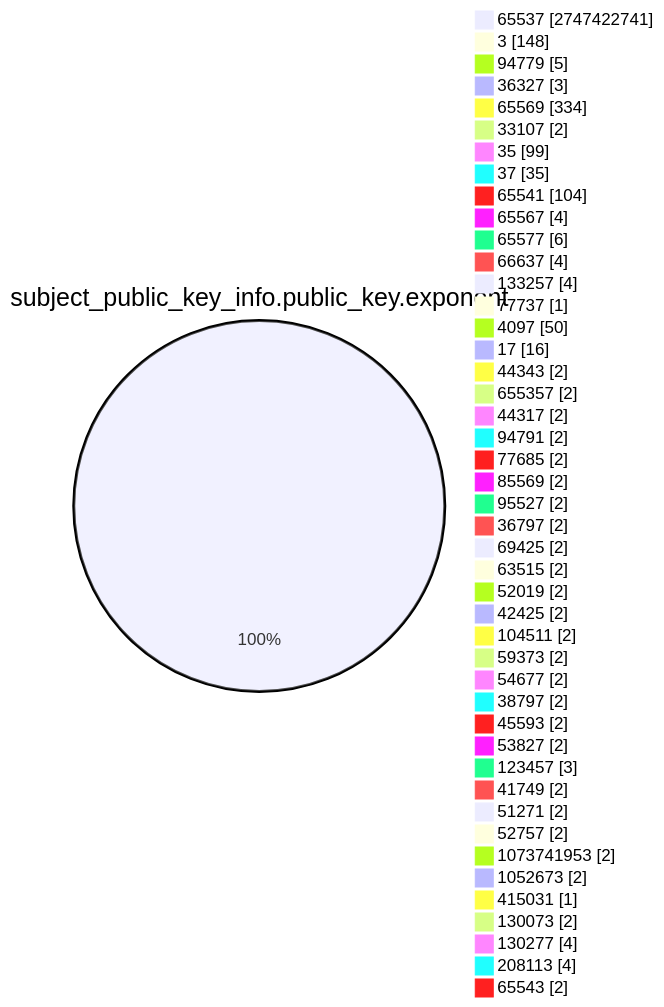
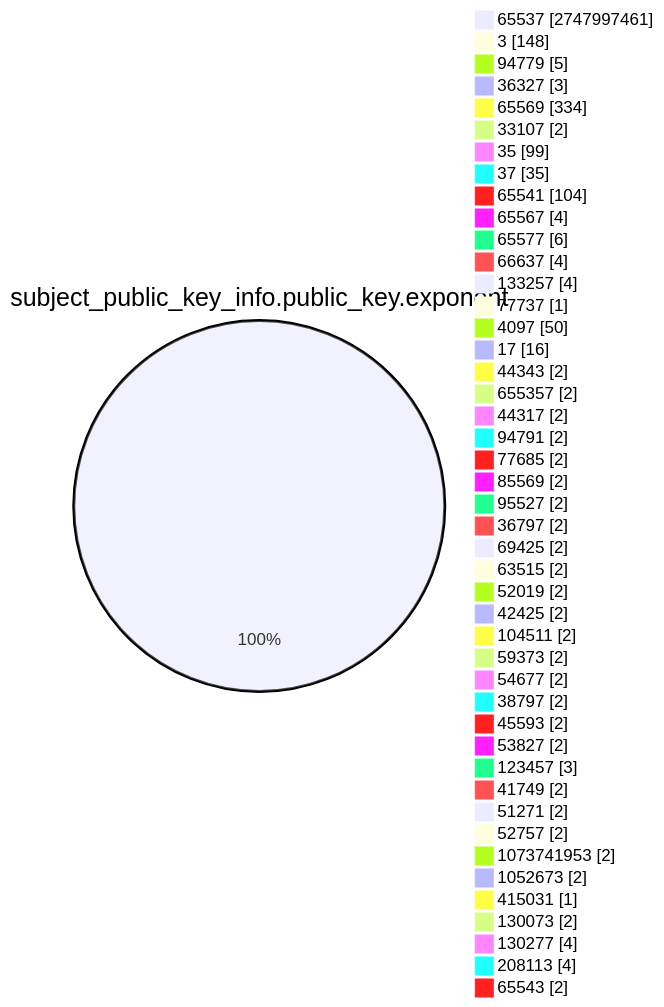
Before and after one commit to christiankrug/ctmonitor_visualization: the fourth of 15 diagrams in TOTAL/README.md, drawn with Mermaid. The commit also changed other lines of this file, not shown here.

````diff
--- a/TOTAL/README.md
+++ b/TOTAL/README.md
@@ -1467,49 +1467,49 @@
 ```mermaid
 pie showData
 title subject_public_key_info.public_key.exponent
-"65537" :2747422741
+"65537" :2747997461
 "3" :148
 "94779" :5
 "36327" :3
 "65569" :334
 "33107" :2
 "35" :99
 "37" :35
 "65541" :104
 "65567" :4
 "65577" :6
 "66637" :4
 "133257" :4
 "77737" :1
 "4097" :50
 "17" :16
 "44343" :2
 "655357" :2
 "44317" :2
 "94791" :2
 "77685" :2
 "85569" :2
 "95527" :2
 "36797" :2
 "69425" :2
 "63515" :2
 "52019" :2
 "42425" :2
 "104511" :2
 "59373" :2
 "54677" :2
 "38797" :2
 "45593" :2
 "53827" :2
 "123457" :3
 "41749" :2
 "51271" :2
 "52757" :2
 "1073741953" :2
 "1052673" :2
 "415031" :1
 "130073" :2
 "130277" :4
 "208113" :4
 "65543" :2
 ```
````
